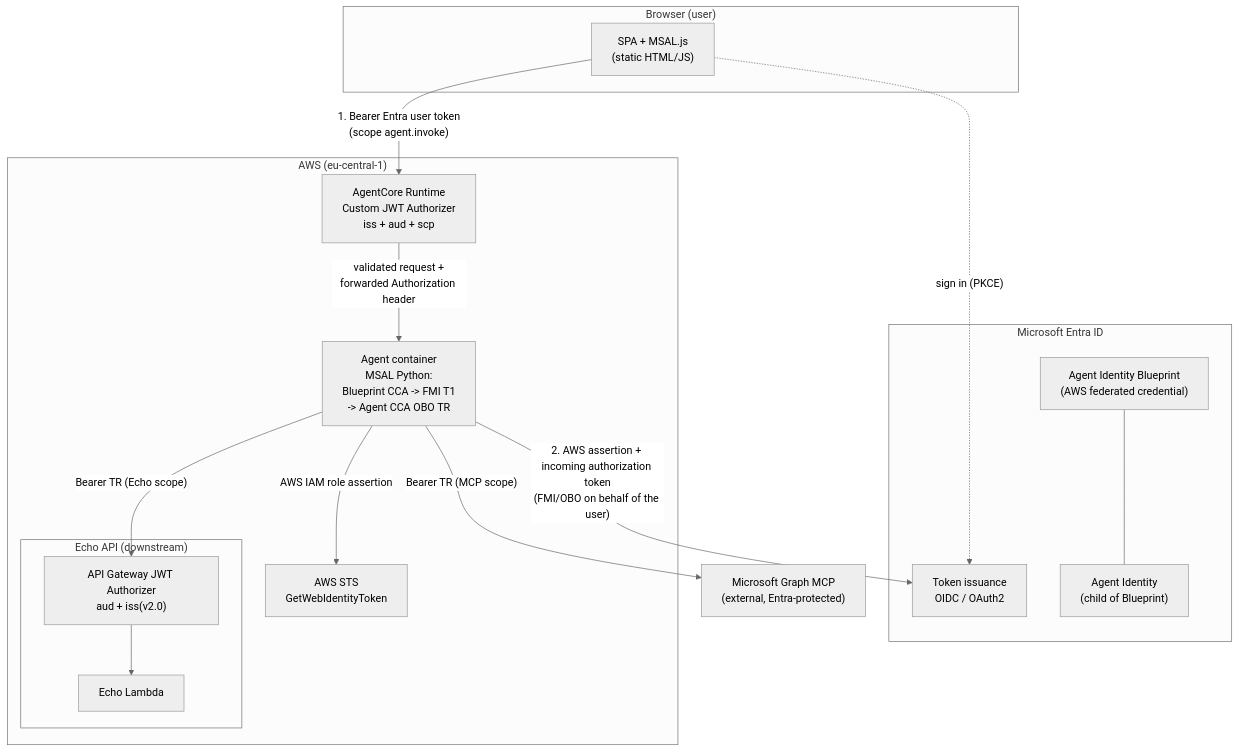
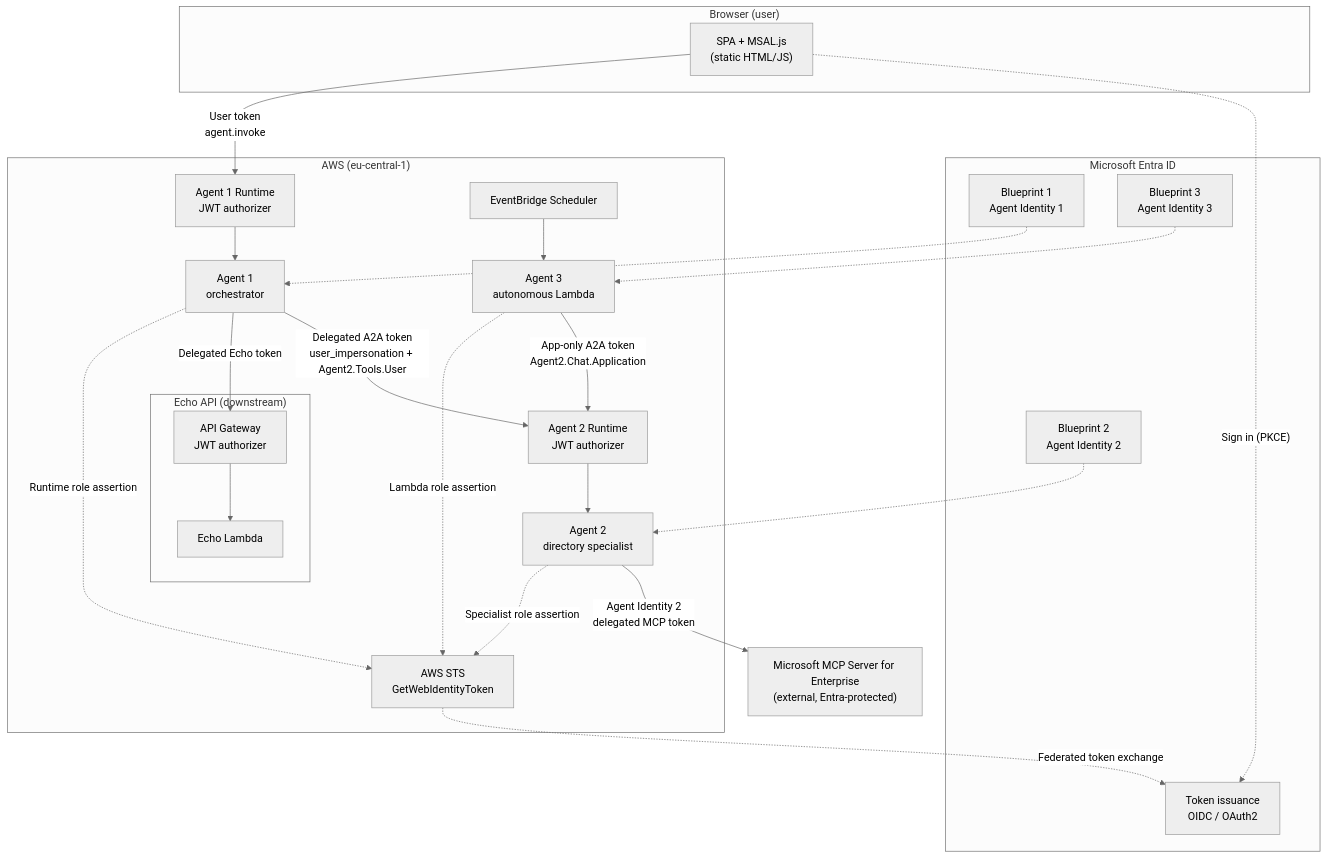
The diagram in README.md (astaykov/agentid-agentcore), drawn with Mermaid (neutral theme) before and after one commit. The commit also changed other lines of this file and 18 other files, not shown here.

````diff
--- a/README.md
+++ b/README.md
@@ -24,34 +5,50 @@
 ```mermaid
 flowchart TD
     subgraph Browser["Browser (user)"]
         SPA["SPA + MSAL.js<br/>(static HTML/JS)"]
     end
 
     subgraph Entra["Microsoft Entra ID"]
         IDP["Token issuance<br/>OIDC / OAuth2"]
-        BP["Agent Identity Blueprint<br/>(AWS federated credential)"]
-        AID["Agent Identity<br/>(child of Blueprint)"]
+        BP1["Blueprint 1<br/>Agent Identity 1"]
+        BP2["Blueprint 2<br/>Agent Identity 2"]
+        BP3["Blueprint 3<br/>Agent Identity 3"]
     end
 
     subgraph AWS["AWS (eu-central-1)"]
-        AUTHZ["AgentCore Runtime<br/>Custom JWT Authorizer<br/>iss + aud + scp"]
-        AGENT["Agent container<br/>MSAL Python:<br/>Blueprint CCA -> FMI T1<br/>-> Agent CCA OBO TR"]
+        A1AUTH["Agent 1 Runtime<br/>JWT authorizer"]
+        A1["Agent 1<br/>orchestrator"]
+        A2AUTH["Agent 2 Runtime<br/>JWT authorizer"]
+        A2["Agent 2<br/>directory specialist"]
+        SCHED["EventBridge Scheduler"]
+        A3["Agent 3<br/>autonomous Lambda"]
         STS["AWS STS<br/>GetWebIdentityToken"]
+
         subgraph EchoStack["Echo API (downstream)"]
-            EAUTHZ["API Gateway JWT Authorizer<br/>aud + iss(v2.0)"]
-            ELAMBDA["Echo Lambda"]
+            EAUTHZ["API Gateway<br/>JWT authorizer"]
+            ECHO["Echo Lambda"]
         end
     end
 
-    GRAPH["Microsoft Graph MCP<br/>(external, Entra-protected)"]
+    MCP["Microsoft MCP Server for Enterprise<br/>(external, Entra-protected)"]
 
-    SPA -->|"1. Bearer Entra user token<br/>(scope agent.invoke)"| AUTHZ
-    AUTHZ -->|"validated request +<br/>forwarded Authorization header"| AGENT
-    AGENT -->|"AWS IAM role assertion"| STS
-    AGENT -->|"2. AWS assertion + incoming authorization token<br/>(FMI/OBO on behalf of the user)"| IDP
-    AGENT -->|"Bearer TR (Echo scope)"| EAUTHZ
-    EAUTHZ --> ELAMBDA
-    AGENT -->|"Bearer TR (MCP scope)"| GRAPH
-    SPA -.->|"sign in (PKCE)"| IDP
-    BP --- AID
+    SPA -.->|"Sign in (PKCE)"| IDP
+    SPA -->|"User token<br/>agent.invoke"| A1AUTH
+    A1AUTH --> A1
+    A1 -->|"Delegated A2A token<br/>user_impersonation + Agent2.Tools.User"| A2AUTH
+    A2AUTH --> A2
+    A2 -->|"Agent Identity 2<br/>delegated MCP token"| MCP
+    A1 -->|"Delegated Echo token"| EAUTHZ
+    EAUTHZ --> ECHO
+    SCHED --> A3
+    A3 -->|"App-only A2A token<br/>Agent2.Chat.Application"| A2AUTH
+
+    A1 -.->|"Runtime role assertion"| STS
+    A2 -.->|"Specialist role assertion"| STS
+    A3 -.->|"Lambda role assertion"| STS
+    STS -.->|"Federated token exchange"| IDP
+
+    BP1 -.-> A1
+    BP2 -.-> A2
+    BP3 -.-> A3
 ```
````
